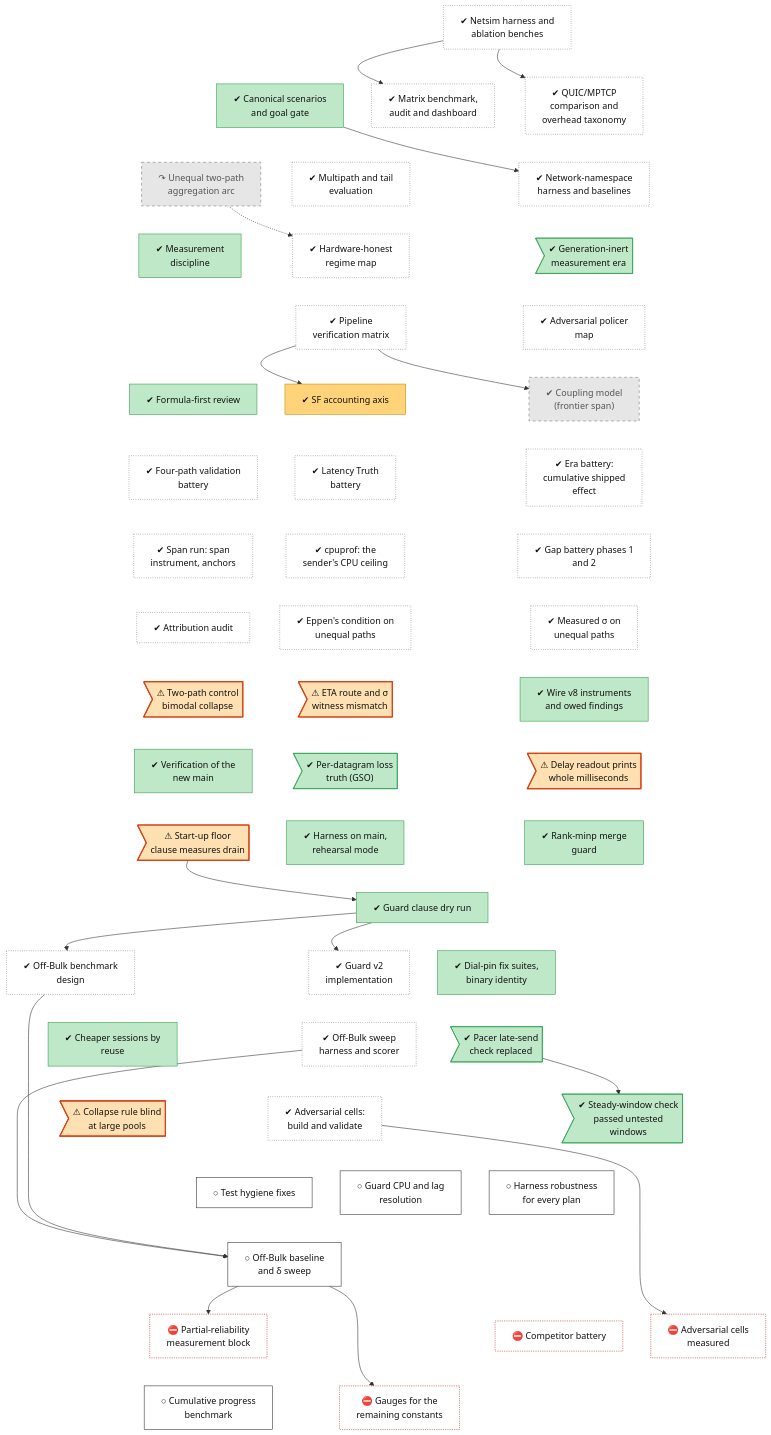
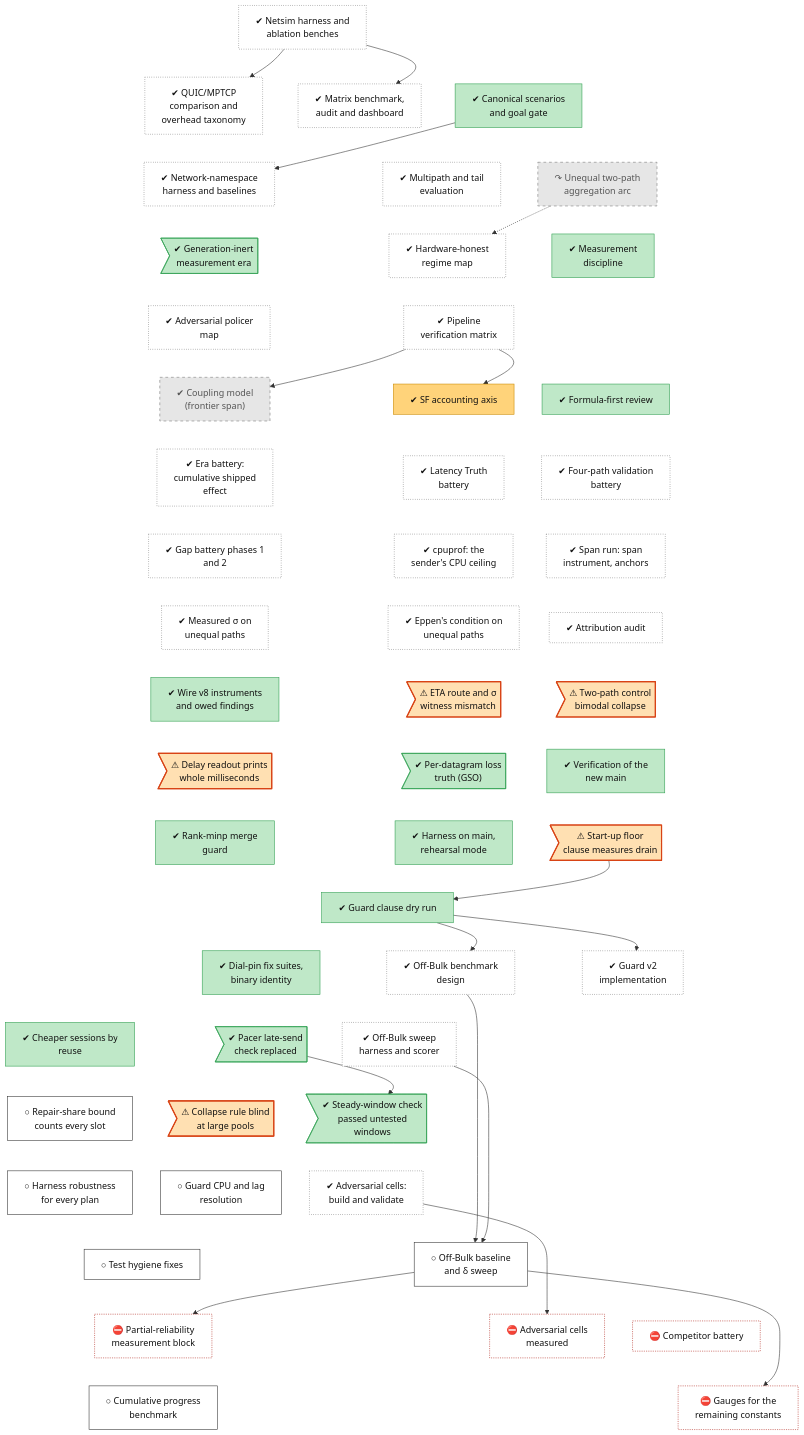
The diagram in docs/roadmap/tracks/meas.md (lhns/raptorpath), drawn with Mermaid before and after one commit. The commit also changed other lines of this file and 6 other files, not shown here.

Commit message:
status: the two K4 input checks, post hoc (Delta reads the reverse direction's jitter, law ledger S03; the W1 upper bracket omitted P_lost slots, count-form bound holds on all ten rows; S06 rescoped; oracle K4 target needs one W1 definition); roadmap

````diff
--- a/docs/roadmap/tracks/meas.md
+++ b/docs/roadmap/tracks/meas.md
@@ -50,6 +50,7 @@
     meas_harness_reuse["✔ Cheaper sessions by<br/>reuse"]
     meas_blocke_pacing_gate>"✔ Pacer late-send<br/>check replaced"]
     meas_blocke_steady_rule>"✔ Steady-window check<br/>passed untested<br/>windows"]
+    meas_w1_bracket_fix["○ Repair-share bound<br/>counts every slot"]
     meas_defect_cr61_large_pool>"⚠ Collapse rule blind<br/>at large pools"]
     meas_adversarial_cells_build["✔ Adversarial cells:<br/>build and validate"]
     meas_harness_robustness["○ Harness robustness<br/>for every plan"]
@@ -104,15 +105,15 @@
     meas_s51_design ~~~ meas_harness_reuse
     meas_s58_session ~~~ meas_blocke_pacing_gate
     meas_s51_harness ~~~ meas_blocke_steady_rule
-    meas_harness_reuse ~~~ meas_defect_cr61_large_pool
-    meas_blocke_pacing_gate ~~~ meas_adversarial_cells_build
-    meas_blocke_steady_rule ~~~ meas_harness_robustness
+    meas_harness_reuse ~~~ meas_w1_bracket_fix
+    meas_blocke_pacing_gate ~~~ meas_defect_cr61_large_pool
+    meas_blocke_steady_rule ~~~ meas_adversarial_cells_build
+    meas_w1_bracket_fix ~~~ meas_harness_robustness
     meas_defect_cr61_large_pool ~~~ meas_guard_resolution
     meas_adversarial_cells_build ~~~ meas_test_hygiene
     meas_harness_robustness ~~~ meas_s51_session
     meas_guard_resolution ~~~ meas_s51_session
-    meas_test_hygiene ~~~ meas_s51_session
-    meas_s51_session ~~~ meas_s51b_rho
+    meas_test_hygiene ~~~ meas_s51b_rho
     meas_s51_session ~~~ meas_adversarial_cells_run
     meas_s51_session ~~~ meas_competitor_battery
     meas_s51b_rho ~~~ meas_progress_baseline
@@ -151,6 +152,6 @@
     class meas_c8_aggregation_arc,meas_coupling_model dead
     class meas_sf_accounting mixed
     class meas_defect_eta_witness,meas_defect_c8_bimodal,meas_defect_diag_rtp_ms,meas_defect_rtp_floor,meas_defect_cr61_large_pool defect
-    class meas_harness_robustness,meas_guard_resolution,meas_test_hygiene,meas_s51_session,meas_progress_baseline next
+    class meas_w1_bracket_fix,meas_harness_robustness,meas_guard_resolution,meas_test_hygiene,meas_s51_session,meas_progress_baseline next
     class meas_s51b_rho,meas_adversarial_cells_run,meas_competitor_battery,meas_fix_gauges_p3 blocked
 ```
````
